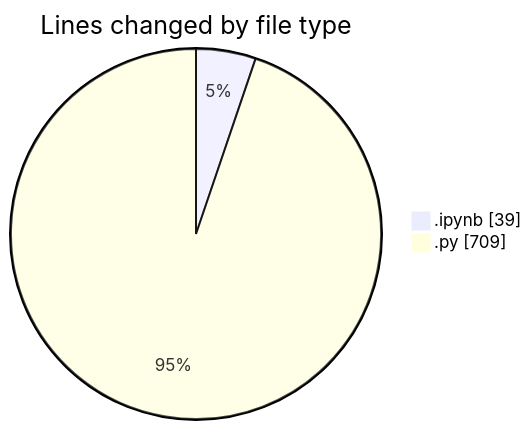
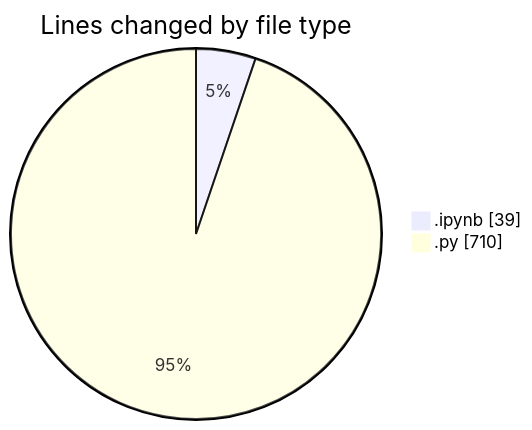
One commit to MatusMokan/code-tracking changed the first of 2 diagrams in 2025-03-15/myws__workspace_/README.md. Above: the diagram before and after it, drawn with Mermaid. The commit also changed other lines of this file and 1 other file, not shown here.

````diff
--- a/2025-03-15/myws__workspace_/README.md
+++ b/2025-03-15/myws__workspace_/README.md
@@ -21,6 +21,6 @@
 ```mermaid
 pie showData
 title Lines changed by file type
 ".ipynb" : 39
-".py" : 709
+".py" : 710
 ```
````
